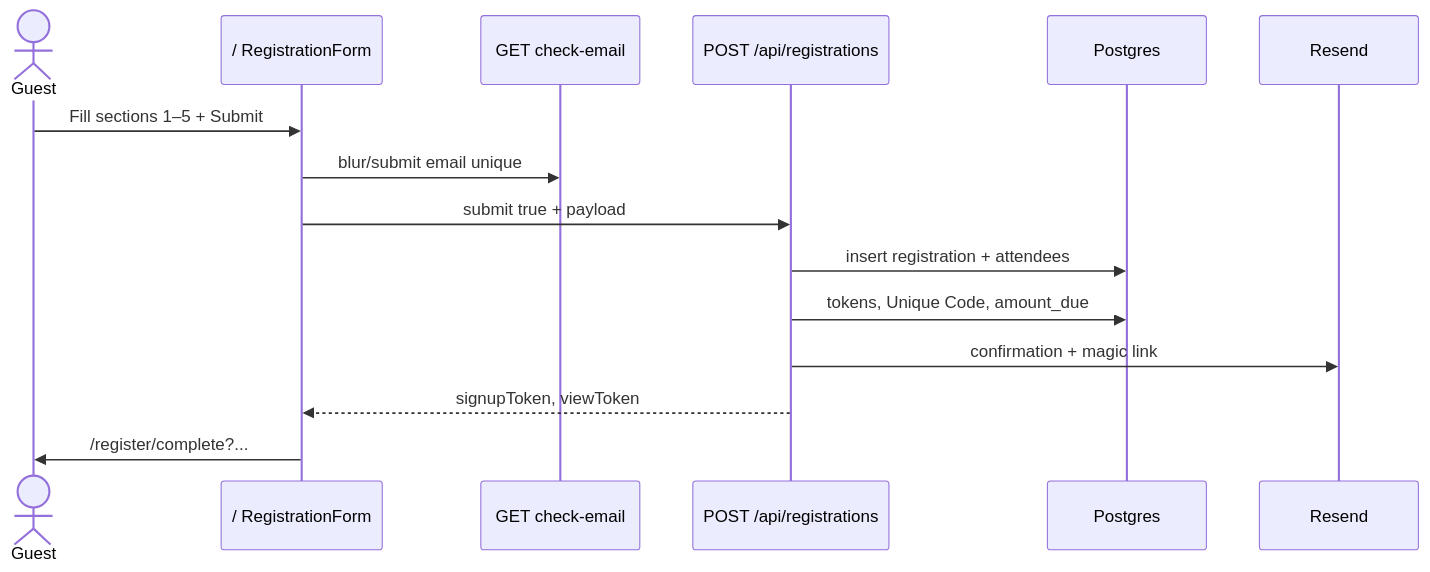
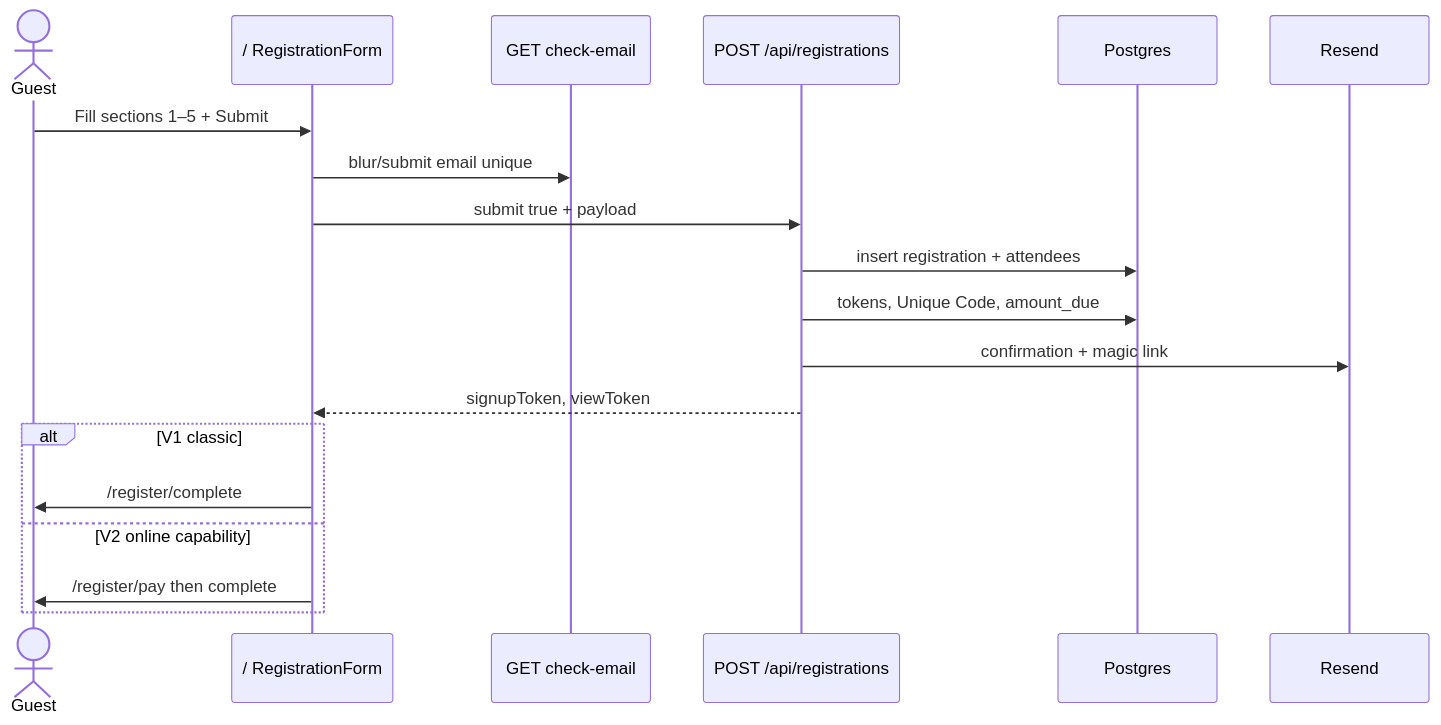
Before and after one commit to dotnetmike/CFCA_Registration: the first of 5 diagrams in docs/flows/registration.md, drawn with Mermaid. The commit also changed other lines of this file and 45 other files, not shown here.

````diff
--- a/docs/flows/registration.md
+++ b/docs/flows/registration.md
@@ -7,17 +9,21 @@
 ```mermaid
 sequenceDiagram
   actor G as Guest
   participant Form as / RegistrationForm
   participant Check as GET check-email
   participant API as POST /api/registrations
   participant DB as Postgres
   participant Mail as Resend
   G->>Form: Fill sections 1–5 + Submit
   Form->>Check: blur/submit email unique
   Form->>API: submit true + payload
   API->>DB: insert registration + attendees
   API->>DB: tokens, Unique Code, amount_due
   API->>Mail: confirmation + magic link
   API-->>Form: signupToken, viewToken
-  Form->>G: /register/complete?...
+  alt V1 classic
+    Form->>G: /register/complete
+  else V2 online capability
+    Form->>G: /register/pay then complete
+  end
 ```
````
